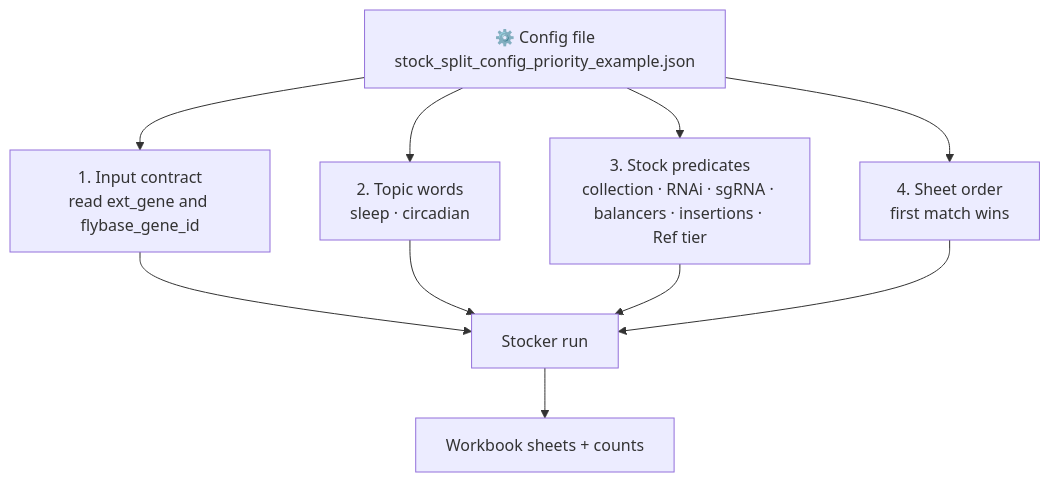
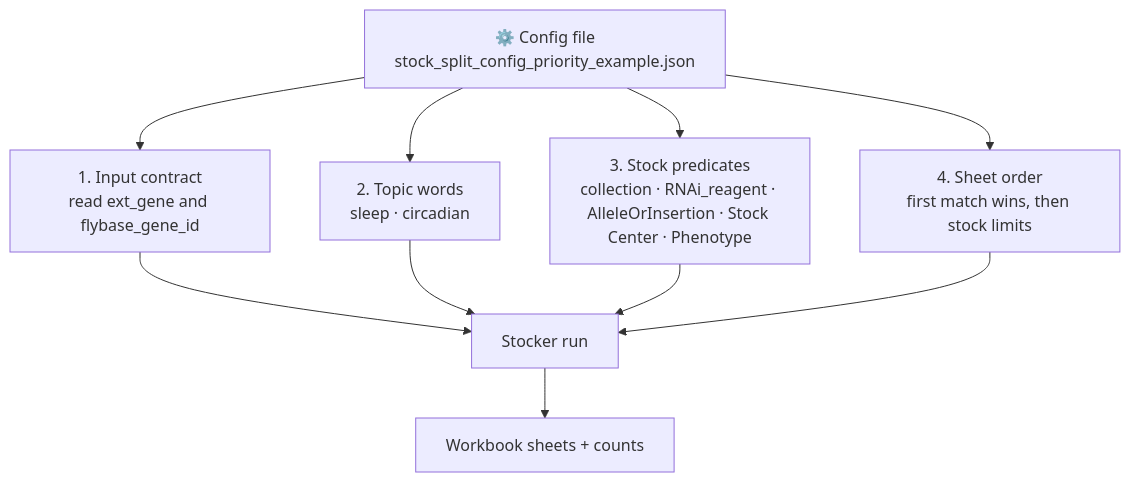
One commit to aadish98/fl.AI-reagent-stocker changed the second of 2 diagrams in docs/how_stocker_works.md. Above: the diagram before and after it, drawn with Mermaid. The commit also changed other lines of this file and 21 other files, not shown here.

````diff
--- a/docs/how_stocker_works.md
+++ b/docs/how_stocker_works.md
@@ -146,13 +157,13 @@
 ```mermaid
 flowchart TB
     CFG["⚙️ Config file<br/>stock_split_config_priority_example.json"]
     CFG --> I["1. Input contract<br/>read ext_gene and flybase_gene_id"]
     CFG --> K["2. Topic words<br/>sleep · circadian"]
-    CFG --> F["3. Stock predicates<br/>collection · RNAi · sgRNA · balancers · insertions · Ref tier"]
-    CFG --> O["4. Sheet order<br/>first match wins"]
+    CFG --> F["3. Stock predicates<br/>collection · RNAi_reagent · AlleleOrInsertion · Stock Center · Phenotype"]
+    CFG --> O["4. Sheet order<br/>first match wins, then stock limits"]
     I --> RUN["Stocker run"]
     K --> RUN
     F --> RUN
     O --> RUN
     RUN --> X["Workbook sheets + counts"]
 ```
````
